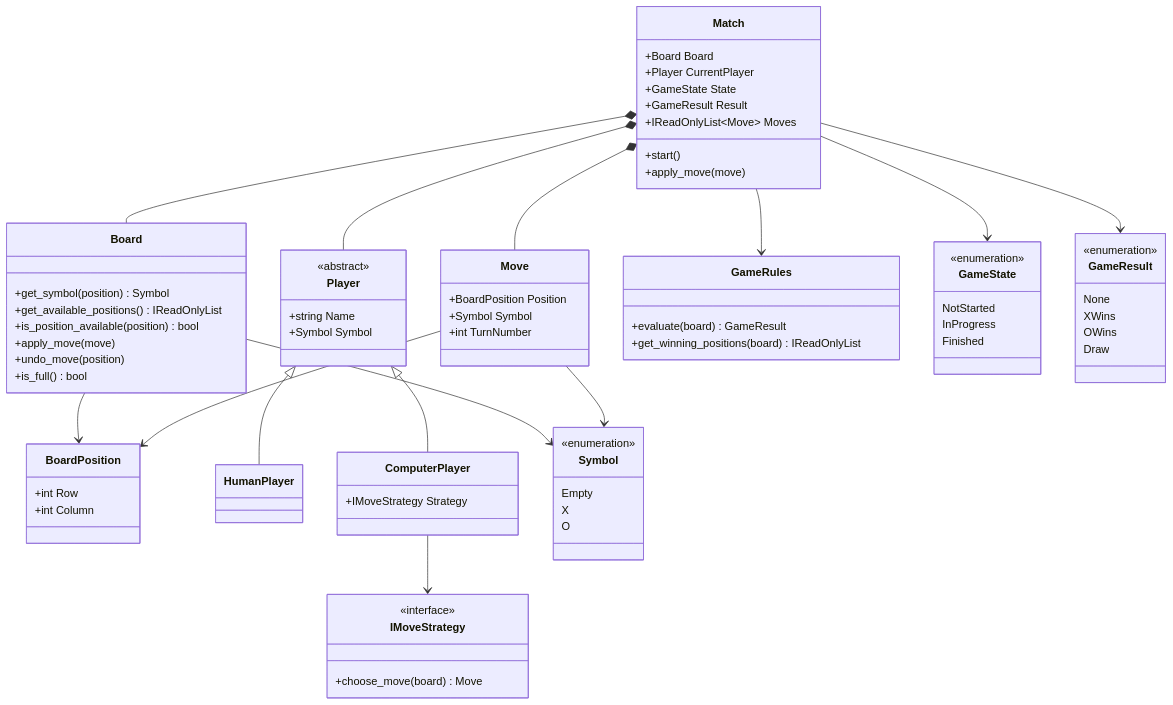
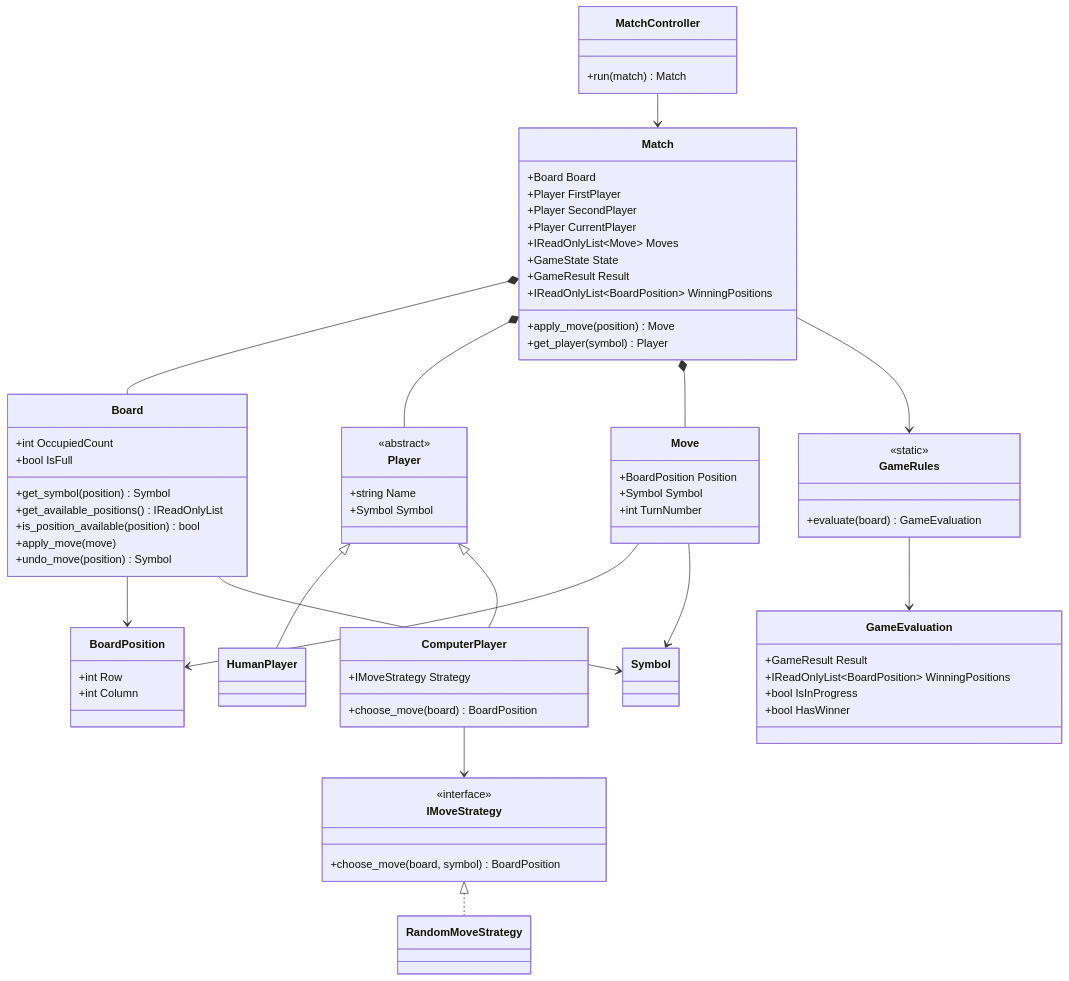
One commit to m4rc3lo/Tic-Tac-Toe changed the diagram in docs/04-modelo-conceitual.md. Above: the diagram before and after it, drawn with Mermaid. The commit also changed other lines of this file and 6 other files, not shown here.

Commit message:
docs(projeto): revisar arquitetura e timeline após prompt 10

````diff
--- a/docs/04-modelo-conceitual.md
+++ b/docs/04-modelo-conceitual.md
@@ -136,12 +45,13 @@
 ```mermaid
 classDiagram
     class Board {
+        +int OccupiedCount
+        +bool IsFull
         +get_symbol(position) Symbol
         +get_available_positions() IReadOnlyList
         +is_position_available(position) bool
         +apply_move(move)
-        +undo_move(position)
-        +is_full() bool
+        +undo_move(position) Symbol
     }
 
     class BoardPosition {
@@ -157,12 +67,15 @@
 
     class Match {
         +Board Board
+        +Player FirstPlayer
+        +Player SecondPlayer
         +Player CurrentPlayer
+        +IReadOnlyList~Move~ Moves
         +GameState State
         +GameResult Result
-        +IReadOnlyList~Move~ Moves
-        +start()
-        +apply_move(move)
+        +IReadOnlyList~BoardPosition~ WinningPositions
+        +apply_move(position) Move
+        +get_player(symbol) Player
     }
 
     class Player {
@@ -175,53 +88,46 @@
 
     class ComputerPlayer {
         +IMoveStrategy Strategy
+        +choose_move(board) BoardPosition
     }
 
     class IMoveStrategy {
         <<interface>>
-        +choose_move(board) Move
+        +choose_move(board, symbol) BoardPosition
     }
 
+    class RandomMoveStrategy
+
     class GameRules {
-        +evaluate(board) GameResult
-        +get_winning_positions(board) IReadOnlyList
+        <<static>>
+        +evaluate(board) GameEvaluation
     }
 
-    class Symbol {
-        <<enumeration>>
-        Empty
-        X
-        O
+    class GameEvaluation {
+        +GameResult Result
+        +IReadOnlyList~BoardPosition~ WinningPositions
+        +bool IsInProgress
+        +bool HasWinner
     }
 
-    class GameState {
-        <<enumeration>>
-        NotStarted
-        InProgress
-        Finished
+    class MatchController {
+        +run(match) Match
     }
 
-    class GameResult {
-        <<enumeration>>
-        None
-        XWins
-        OWins
-        Draw
-    }
+    Player <|-- HumanPlayer
+    Player <|-- ComputerPlayer
+    ComputerPlayer --> IMoveStrategy
+    IMoveStrategy <|.. RandomMoveStrategy
 
     Match *-- Board
     Match *-- Player
     Match *-- Move
     Match --> GameRules
-
-    Player <|-- HumanPlayer
-    Player <|-- ComputerPlayer
-    ComputerPlayer --> IMoveStrategy
+    GameRules --> GameEvaluation
 
     Board --> BoardPosition
     Board --> Symbol
     Move --> BoardPosition
     Move --> Symbol
-    Match --> GameState
-    Match --> GameResult
+    MatchController --> Match
 ```
````
